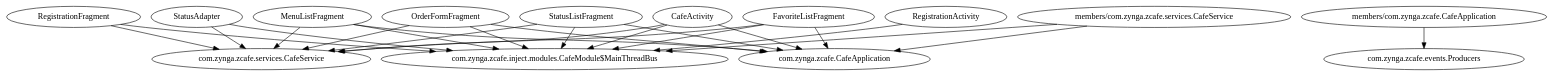
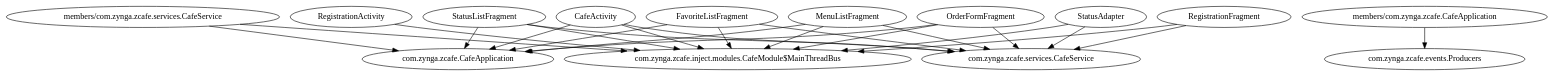
One commit to jprimas/zCafe changed the diagram in zCafe/.apt_generated/com/zynga/zcafe/inject/modules/CafeModule.dot. Above: the diagram before and after it, drawn with Graphviz. The commit also changed 2 other files, not shown here.

```diff
--- a/zCafe/.apt_generated/com/zynga/zcafe/inject/modules/CafeModule.dot
+++ b/zCafe/.apt_generated/com/zynga/zcafe/inject/modules/CafeModule.dot
@@ -1,32 +1,32 @@
 digraph G1 {
   concentrate = true;
-  n2 [label="com.zynga.zcafe.services.CafeService"];
+  n2 [label="com.zynga.zcafe.inject.modules.CafeModule$MainThreadBus"];
   CafeActivity -> n2;
-  n3 [label="com.zynga.zcafe.inject.modules.CafeModule$MainThreadBus"];
+  n3 [label="com.zynga.zcafe.CafeApplication"];
   CafeActivity -> n3;
-  n4 [label="com.zynga.zcafe.CafeApplication"];
+  n4 [label="com.zynga.zcafe.services.CafeService"];
   CafeActivity -> n4;
   FavoriteListFragment -> n2;
   FavoriteListFragment -> n3;
   FavoriteListFragment -> n4;
   MenuListFragment -> n2;
   MenuListFragment -> n3;
   MenuListFragment -> n4;
   OrderFormFragment -> n2;
   OrderFormFragment -> n3;
   OrderFormFragment -> n4;
-  RegistrationActivity -> n3;
+  RegistrationActivity -> n2;
   RegistrationFragment -> n2;
-  RegistrationFragment -> n3;
+  RegistrationFragment -> n4;
   StatusAdapter -> n2;
-  StatusAdapter -> n3;
+  StatusAdapter -> n4;
   StatusListFragment -> n2;
   StatusListFragment -> n3;
   StatusListFragment -> n4;
   n5 [label="members/com.zynga.zcafe.CafeApplication"];
   n6 [label="com.zynga.zcafe.events.Producers"];
   n5 -> n6;
   n7 [label="members/com.zynga.zcafe.services.CafeService"];
-  n7 -> n4;
   n7 -> n3;
+  n7 -> n2;
 }
```
